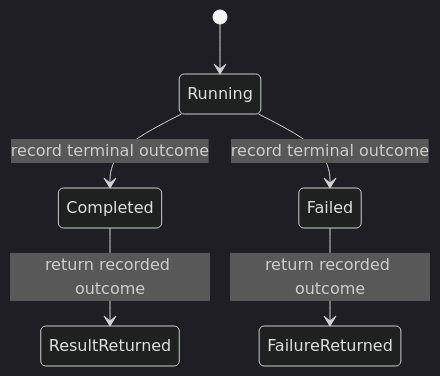
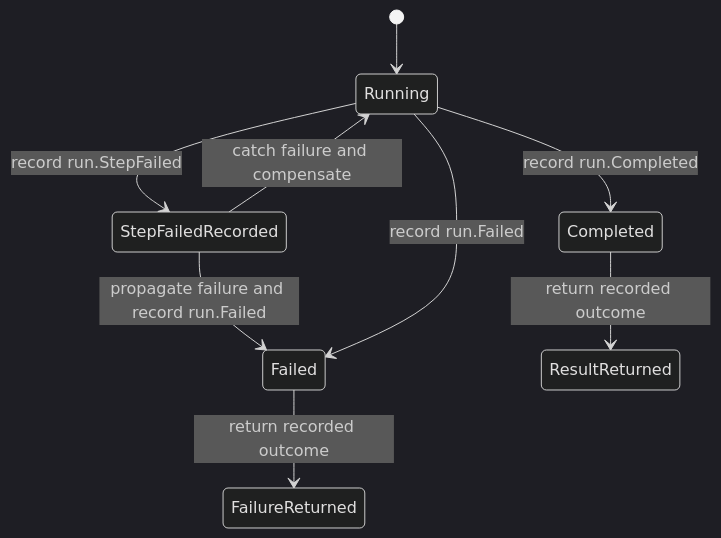
One commit to Hobo-Labs/HoBo changed the diagram in packages/runtime/README.md. Above: the diagram before and after it, drawn with Mermaid (dark theme). The commit also changed other lines of this file, not shown here.

Commit message:
docs(runtime): mermaid compensation path before Completed (authored-by: Muse CLI muse-wonder-full-1.0)

````diff
--- a/packages/runtime/README.md
+++ b/packages/runtime/README.md
@@ -98,8 +104,11 @@
 ```mermaid
 stateDiagram-v2
   [*] --> Running
-  Running --> Completed: record terminal outcome
-  Running --> Failed: record terminal outcome
+  Running --> StepFailedRecorded: record run.StepFailed
+  StepFailedRecorded --> Running: catch failure and compensate
+  StepFailedRecorded --> Failed: propagate failure and record run.Failed
+  Running --> Completed: record run.Completed
+  Running --> Failed: record run.Failed
   Completed --> ResultReturned: return recorded outcome
   Failed --> FailureReturned: return recorded outcome
 ```
````
